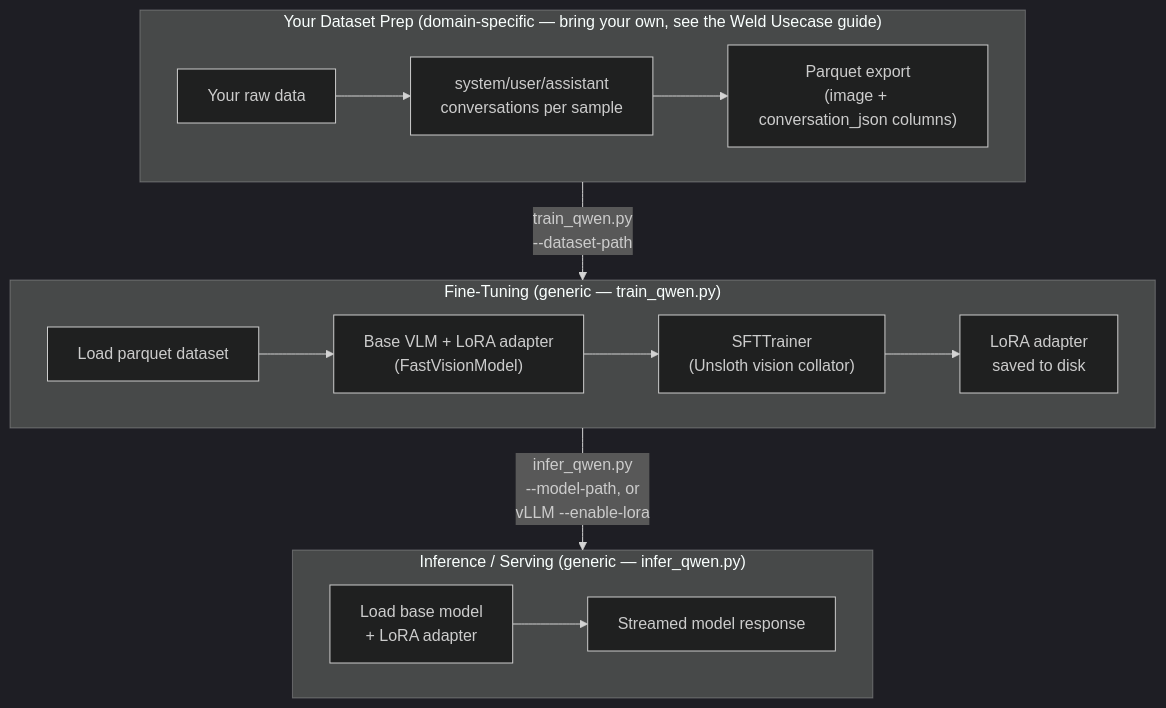
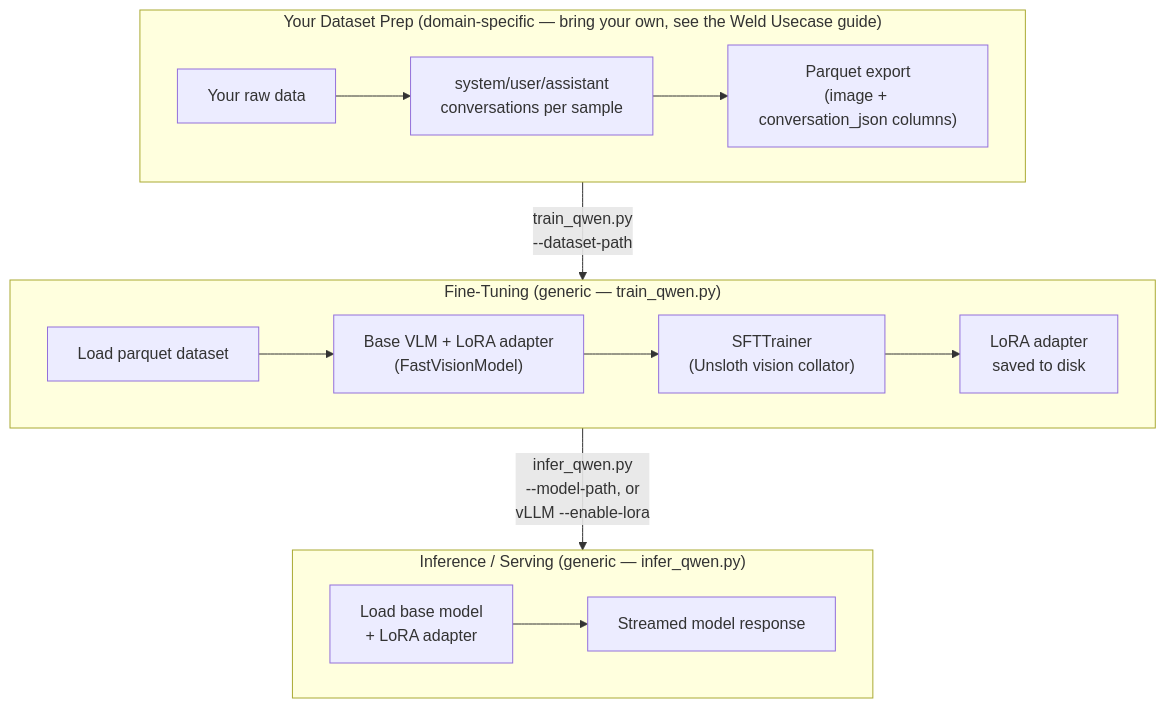
Before and after one commit to open-edge-platform/edge-ai-suites: the diagram in manufacturing-ai-suite/industrial-edge-insights-multimodal/docs/user-guide/how-to-guides/how-to-fine-tune-vlm.md, drawn with Mermaid. The commit also changed 4 other files, not shown here.

Commit message:
[DOCS] Remove redundant Mermaid dark theme

````diff
--- a/manufacturing-ai-suite/industrial-edge-insights-multimodal/docs/user-guide/how-to-guides/how-to-fine-tune-vlm.md
+++ b/manufacturing-ai-suite/industrial-edge-insights-multimodal/docs/user-guide/how-to-guides/how-to-fine-tune-vlm.md
@@ -140,26 +140,23 @@
 ```mermaid
----
-config: {"theme": "dark"}
----
 flowchart TD
     subgraph S0["Your Dataset Prep (domain-specific — bring your own, see the Weld Usecase guide)"]
         direction LR
         A["Your raw data"] --> B["system/user/assistant</br>conversations per sample"]
         B --> C["Parquet export</br>(image + conversation_json columns)"]
     end
 
     subgraph S1["Fine-Tuning (generic — train_qwen.py)"]
         direction LR
         E["Load parquet dataset"] --> F["Base VLM + LoRA adapter</br>(FastVisionModel)"]
         F --> G["SFTTrainer</br>(Unsloth vision collator)"]
         G --> H["LoRA adapter</br>saved to disk"]
     end
 
     subgraph S2["Inference / Serving (generic — infer_qwen.py)"]
         direction LR
         J["Load base model</br>+ LoRA adapter"] --> K["Streamed model response"]
     end
 
     C -->|"train_qwen.py</br>--dataset-path"| E
     H -->|"infer_qwen.py</br>--model-path, or</br>vLLM --enable-lora"| J
 ```
````
